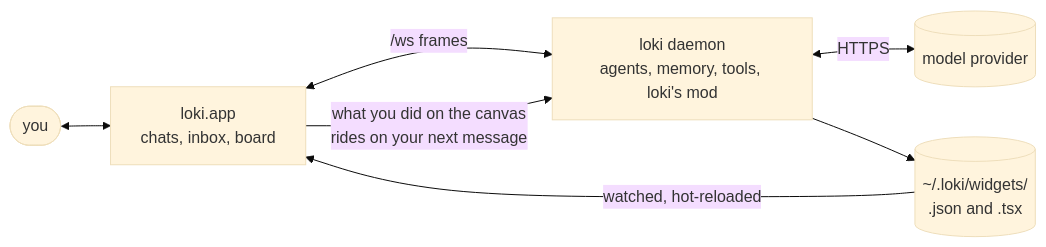
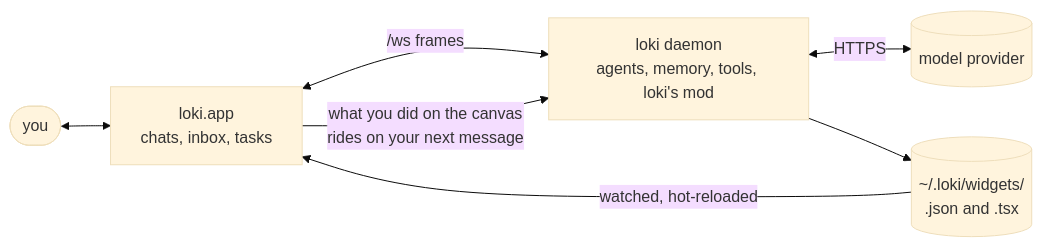
One commit to AlmondLabs/loki changed the diagram in README.md. Above: the diagram before and after it, drawn with Mermaid (base theme). The commit also changed other lines of this file and 74 other files, not shown here.

First line of the commit message:
tasks: the Board is Tasks, with Board and Table layouts, built-in views, and only you close your tasks

````diff
--- a/README.md
+++ b/README.md
@@ -177,9 +177,9 @@
 ```mermaid
 flowchart LR
-  you([you]) <--> app[loki.app<br/>chats, inbox, board]
+  you([you]) <--> app[loki.app<br/>chats, inbox, tasks]
   app <-->|"/ws frames"| daemon[loki daemon<br/>agents, memory, tools, loki's mod]
   daemon <-->|HTTPS| provider[(model provider)]
   daemon --> files[("~/.loki/widgets/<br/>.json and .tsx")]
   files -->|"watched, hot-reloaded"| app
   app -->|"what you did on the canvas<br/>rides on your next message"| daemon
 ```
````
